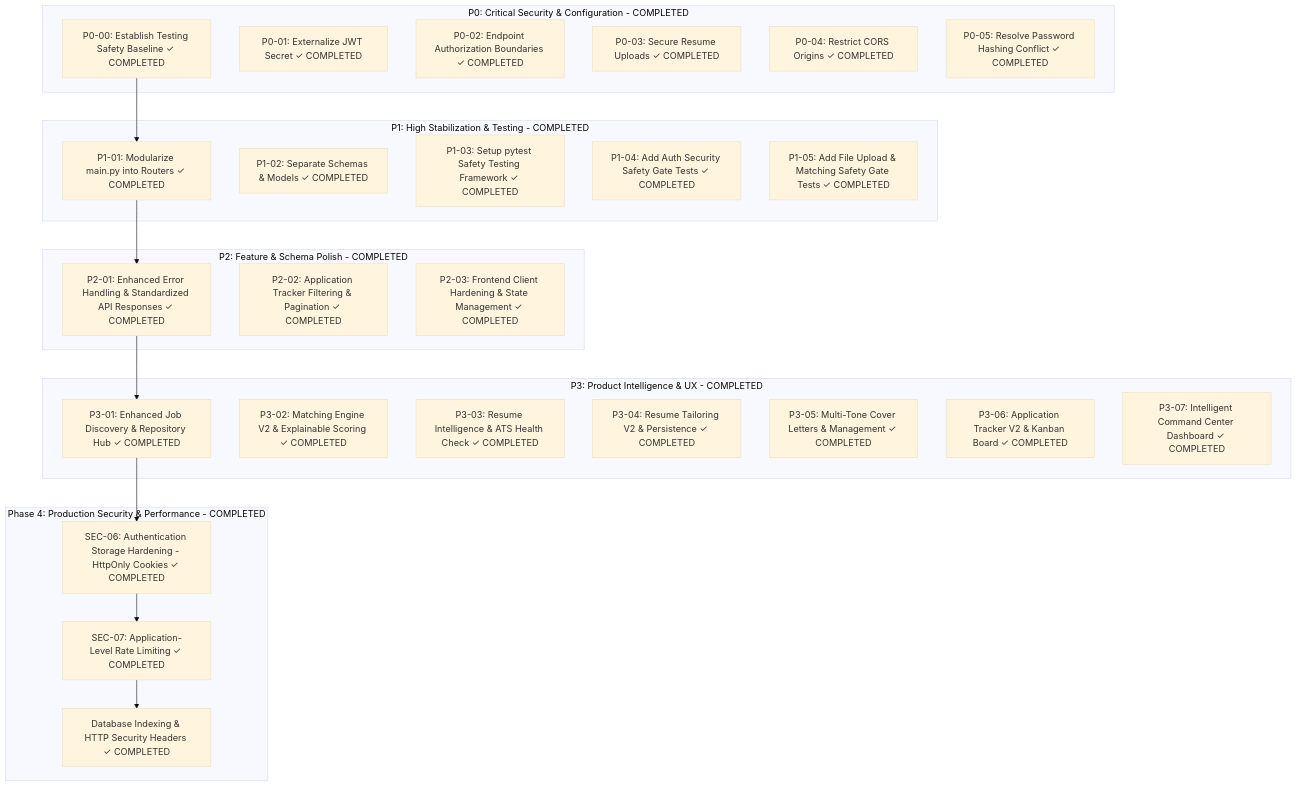
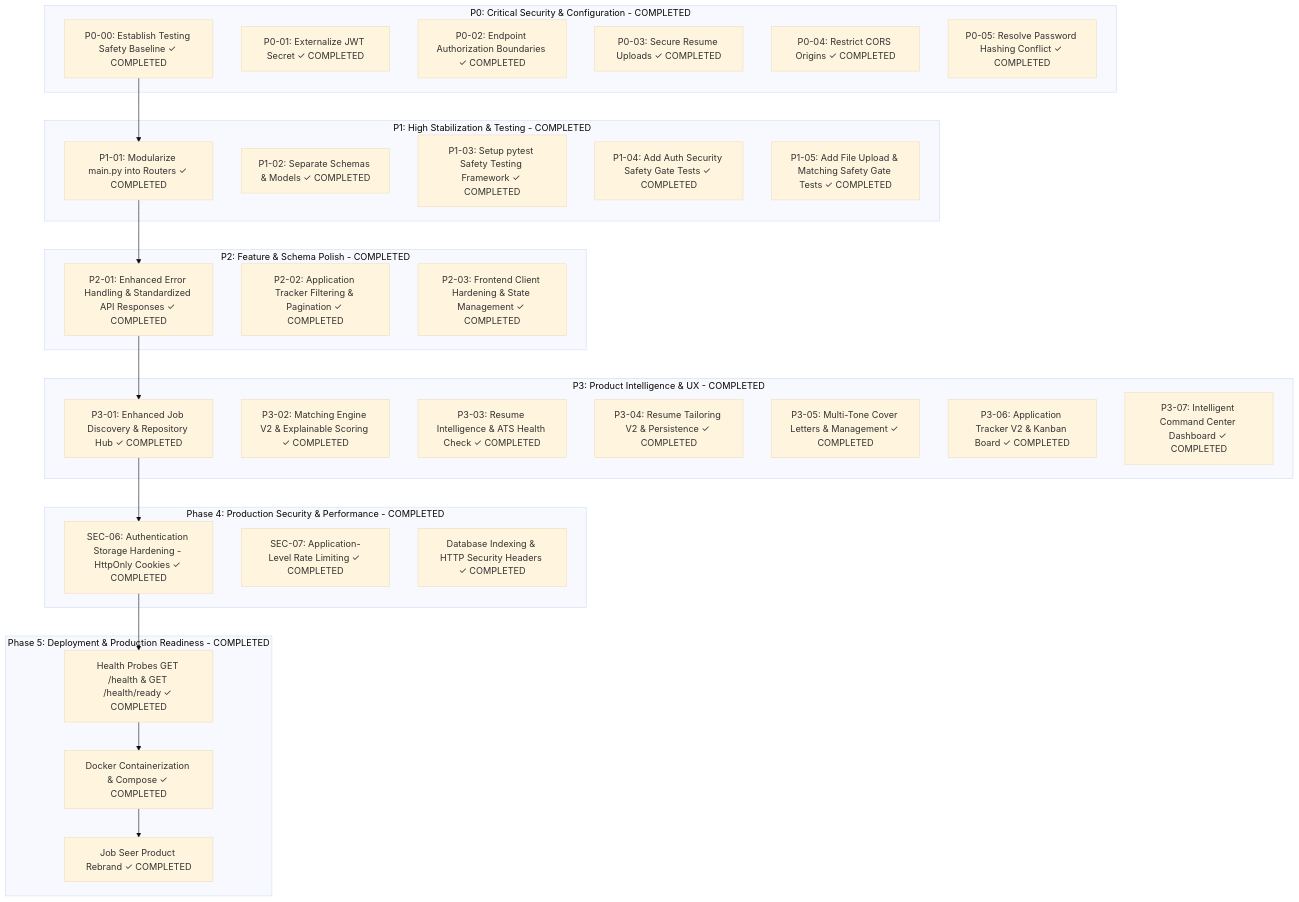
One commit to AlvinMutie/Job-seer changed the diagram in docs/ROADMAP.md. Above: the diagram before and after it, drawn with Mermaid (base theme). The commit also changed other lines of this file and 170 other files, not shown here.

Commit message:
feat: implement production-ready deployment configurations, add backend health checks, and include test assets.

````diff
--- a/docs/ROADMAP.md
+++ b/docs/ROADMAP.md
@@ -9,43 +9,49 @@
 ```mermaid
 flowchart TD
     subgraph P0 [P0: Critical Security & Configuration - COMPLETED]
         P0-00[P0-00: Establish Testing Safety Baseline ✓ COMPLETED]
         P0-01[P0-01: Externalize JWT Secret ✓ COMPLETED]
         P0-02[P0-02: Endpoint Authorization Boundaries ✓ COMPLETED]
         P0-03[P0-03: Secure Resume Uploads ✓ COMPLETED]
         P0-04[P0-04: Restrict CORS Origins ✓ COMPLETED]
         P0-05[P0-05: Resolve Password Hashing Conflict ✓ COMPLETED]
     end
 
     subgraph P1 [P1: High Stabilization & Testing - COMPLETED]
         P1-01[P1-01: Modularize main.py into Routers ✓ COMPLETED]
         P1-02[P1-02: Separate Schemas & Models ✓ COMPLETED]
         P1-03[P1-03: Setup pytest Safety Testing Framework ✓ COMPLETED]
         P1-04[P1-04: Add Auth Security Safety Gate Tests ✓ COMPLETED]
         P1-05[P1-05: Add File Upload & Matching Safety Gate Tests ✓ COMPLETED]
     end
 
     subgraph P2 [P2: Feature & Schema Polish - COMPLETED]
         P2-01[P2-01: Enhanced Error Handling & Standardized API Responses ✓ COMPLETED]
         P2-02[P2-02: Application Tracker Filtering & Pagination ✓ COMPLETED]
         P2-03[P2-03: Frontend Client Hardening & State Management ✓ COMPLETED]
     end
 
     subgraph P3 [P3: Product Intelligence & UX - COMPLETED]
         P3-01[P3-01: Enhanced Job Discovery & Repository Hub ✓ COMPLETED]
         P3-02[P3-02: Matching Engine V2 & Explainable Scoring ✓ COMPLETED]
         P3-03[P3-03: Resume Intelligence & ATS Health Check ✓ COMPLETED]
         P3-04[P3-04: Resume Tailoring V2 & Persistence ✓ COMPLETED]
         P3-05[P3-05: Multi-Tone Cover Letters & Management ✓ COMPLETED]
         P3-06[P3-06: Application Tracker V2 & Kanban Board ✓ COMPLETED]
         P3-07[P3-07: Intelligent Command Center Dashboard ✓ COMPLETED]
     end
 
     subgraph P4 [Phase 4: Production Security & Performance - COMPLETED]
         P4-SEC06[SEC-06: Authentication Storage Hardening - HttpOnly Cookies ✓ COMPLETED]
         P4-SEC07[SEC-07: Application-Level Rate Limiting ✓ COMPLETED]
         P4-PERF[Database Indexing & HTTP Security Headers ✓ COMPLETED]
     end
 
-    P0-00 --> P1-01 --> P2-01 --> P3-01 --> P4-SEC06 --> P4-SEC07 --> P4-PERF
+    subgraph P5 [Phase 5: Deployment & Production Readiness - COMPLETED]
+        P5-HEALTH[Health Probes GET /health & GET /health/ready ✓ COMPLETED]
+        P5-DOCKER[Docker Containerization & Compose ✓ COMPLETED]
+        P5-REBRAND[Job Seer Product Rebrand ✓ COMPLETED]
+    end
+
+    P0-00 --> P1-01 --> P2-01 --> P3-01 --> P4-SEC06 --> P5-HEALTH --> P5-DOCKER --> P5-REBRAND
 ```
````
